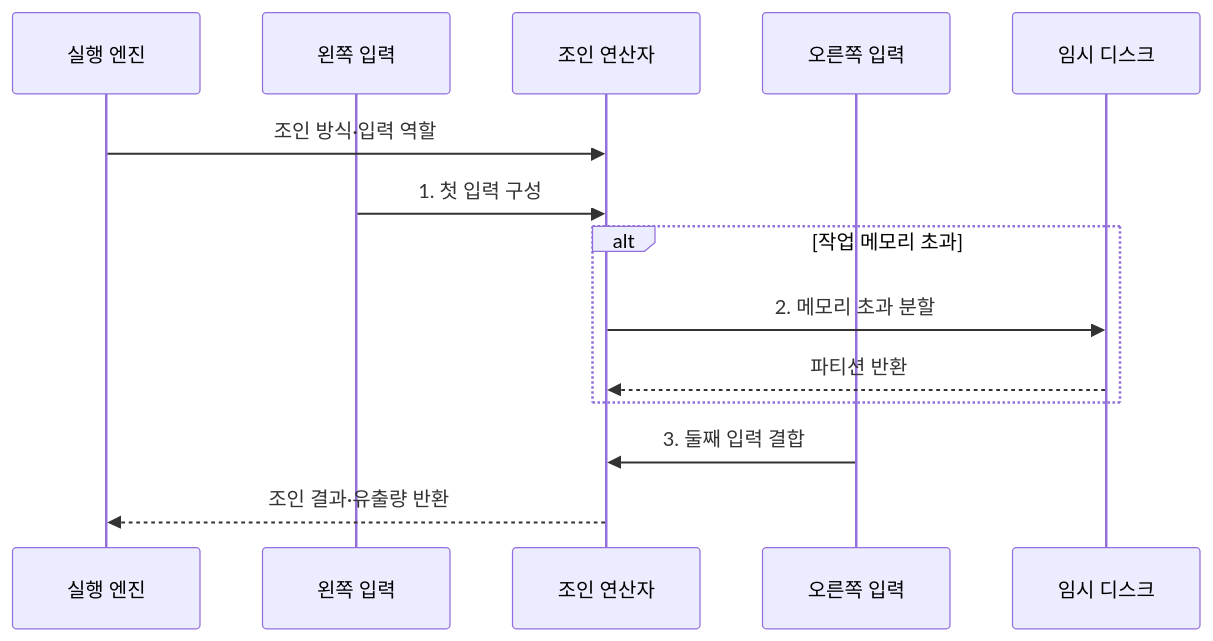
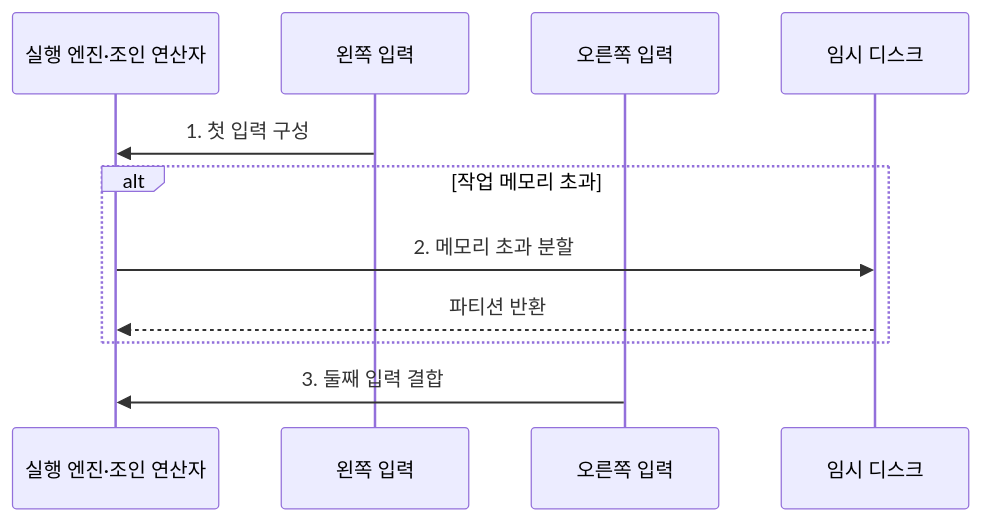
One commit to agnusdei1207/knowledge-base changed the second of 2 diagrams in src/content/docs/notes/03-software/096_join_algorithms.md. Above: the diagram before and after it, drawn with Mermaid. The commit also changed 8 other files, not shown here.

Commit message:
Simplify database execution diagrams

````diff
--- a/src/content/docs/notes/03-software/096_join_algorithms.md
+++ b/src/content/docs/notes/03-software/096_join_algorithms.md
@@ -98,16 +98,13 @@
 ```mermaid
 sequenceDiagram
-    participant Q as 실행 엔진
+    participant Q as 실행 엔진·조인 연산자
     participant L as 왼쪽 입력
-    participant J as 조인 연산자
     participant R as 오른쪽 입력
     participant T as 임시 디스크
-    Q->>J: 조인 방식·입력 역할
-    L->>J: 1. 첫 입력 구성
+    L->>Q: 1. 첫 입력 구성
     alt 작업 메모리 초과
-        J->>T: 2. 메모리 초과 분할
-        T-->>J: 파티션 반환
+        Q->>T: 2. 메모리 초과 분할
+        T-->>Q: 파티션 반환
     end
-    R->>J: 3. 둘째 입력 결합
-    J-->>Q: 조인 결과·유출량 반환
+    R->>Q: 3. 둘째 입력 결합
 ```
````
